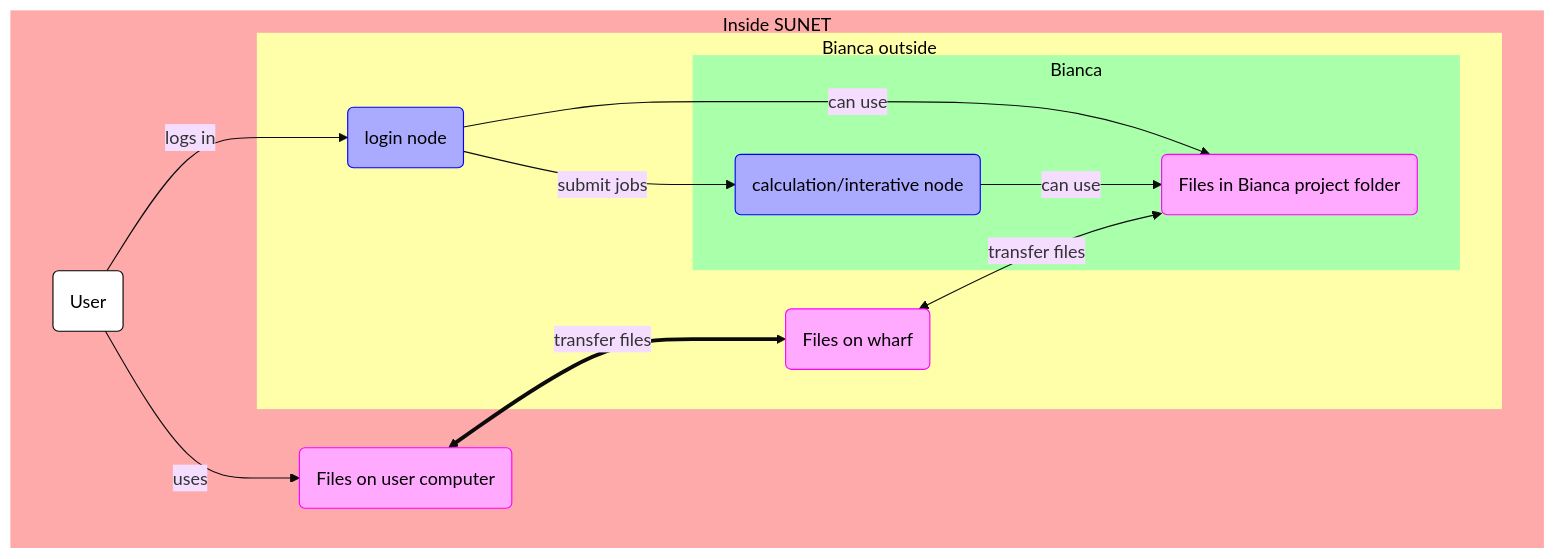
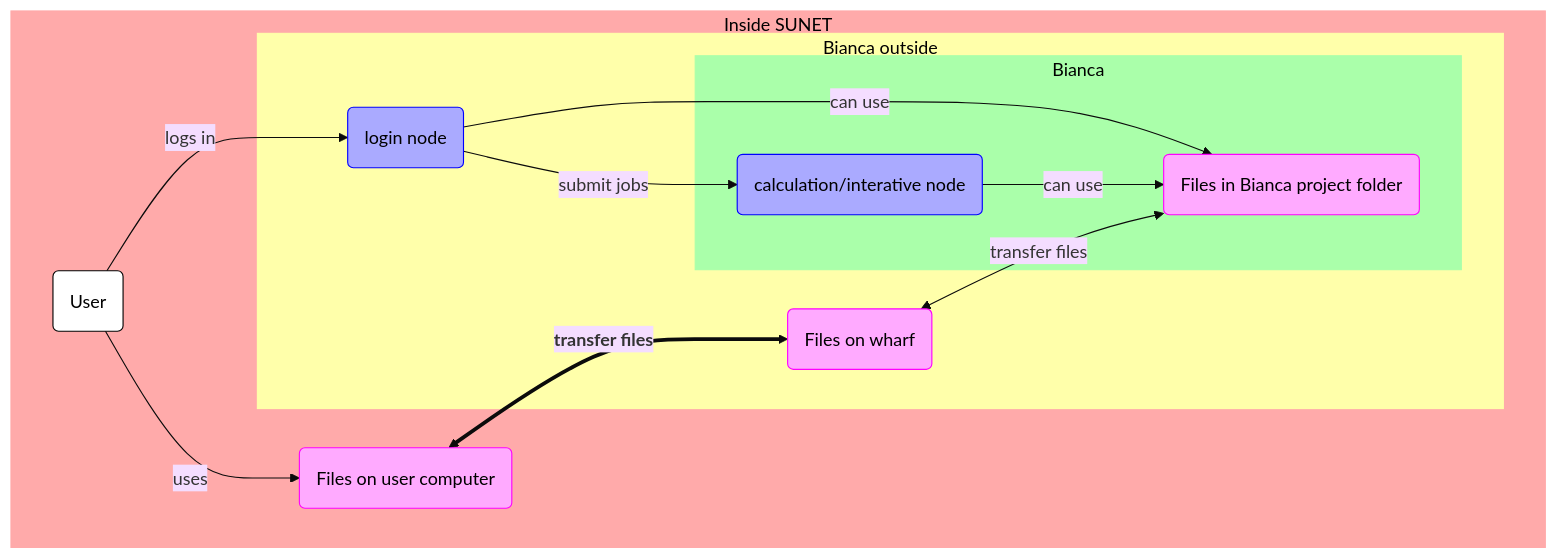
One commit to UPPMAX/bianca_workshop changed the first of 2 diagrams in docs/file_transfer_using_gui.md. Above: the diagram before and after it, drawn with Mermaid (base theme).

Commit message:
Empasize edge with bold font

````diff
--- a/docs/file_transfer_using_gui.md
+++ b/docs/file_transfer_using_gui.md
@@ -29,34 +29,34 @@
 ```mermaid
 flowchart TD
 
     %% Give a white background to all nodes, instead of a transparent one
     classDef node fill:#fff,color:#000,stroke:#000
 
     %% Graph nodes for files and calculations
     classDef file_node fill:#faf,color:#000,stroke:#f0f
     classDef calculation_node fill:#aaf,color:#000,stroke:#00f
 
     subgraph sunet[Inside SUNET]
       subgraph bianca_outside[Bianca outside]
         login_node(login node):::calculation_node
         files_on_wharf(Files on wharf):::file_node
         subgraph bianca_inside[Bianca]
           calculation_node(calculation/interative node):::calculation_node
           files_in_bianca_project(Files in Bianca project folder):::file_node
         end
       end
       user(User)
       user_local_files(Files on user computer):::file_node
     end
     style bianca_inside fill:#afa,color:#000,stroke:#afa
     style bianca_outside fill:#ffa,color:#000,stroke:#ffa
     style sunet fill:#faa,color:#000,stroke:#faa
 
     user --> |logs in |login_node
     user --> |uses| user_local_files
-    user_local_files <==> |transfer files|files_on_wharf
+    user_local_files <== "`**transfer files**`" ==> files_on_wharf
     login_node --> |submit jobs|calculation_node
     login_node --> |can use|files_in_bianca_project
     calculation_node --> |can use|files_in_bianca_project
     files_on_wharf <--> |transfer files| files_in_bianca_project
 ```
````
